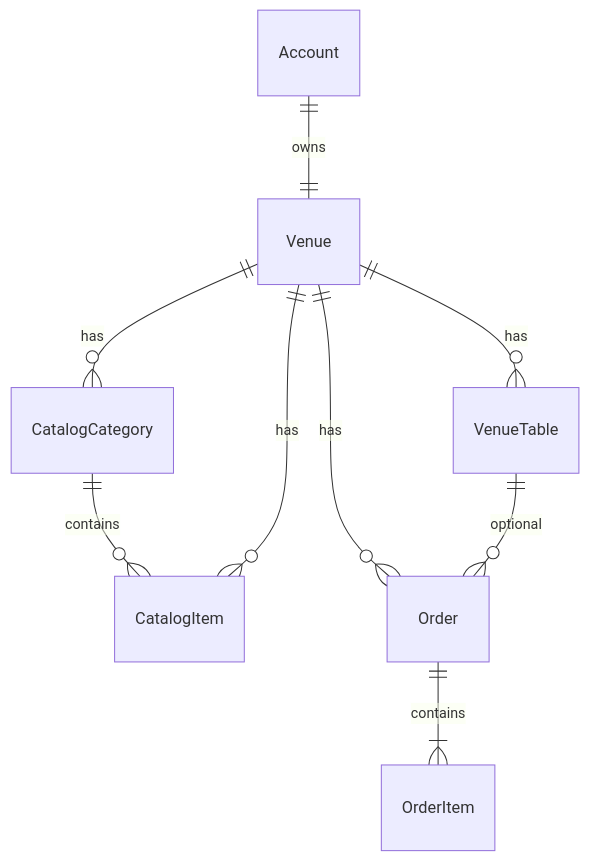
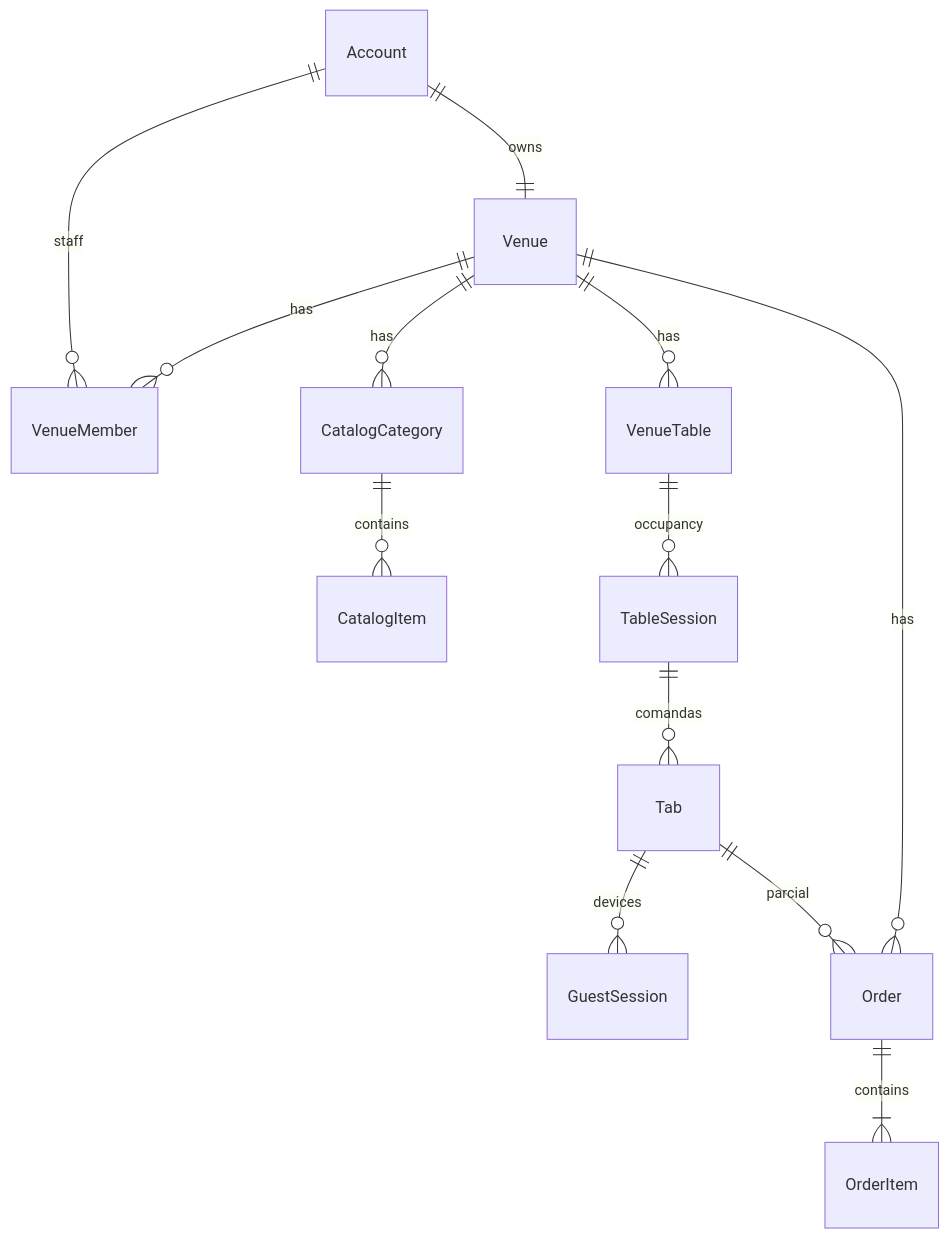
Before and after one commit to filiperamosds/eaimesa: the first of 2 diagrams in docs/data/schema.md, drawn with Mermaid. The commit also changed other lines of this file and 44 other files, not shown here.

````diff
--- a/docs/data/schema.md
+++ b/docs/data/schema.md
@@ -133,11 +141,15 @@
 ```mermaid
 erDiagram
   Account ||--|| Venue : owns
+  Account ||--o{ VenueMember : staff
+  Venue ||--o{ VenueMember : has
   Venue ||--o{ CatalogCategory : has
   CatalogCategory ||--o{ CatalogItem : contains
-  Venue ||--o{ CatalogItem : has
   Venue ||--o{ VenueTable : has
+  VenueTable ||--o{ TableSession : occupancy
+  TableSession ||--o{ Tab : comandas
+  Tab ||--o{ GuestSession : devices
+  Tab ||--o{ Order : parcial
   Venue ||--o{ Order : has
-  VenueTable ||--o{ Order : optional
   Order ||--|{ OrderItem : contains
 ```
````
